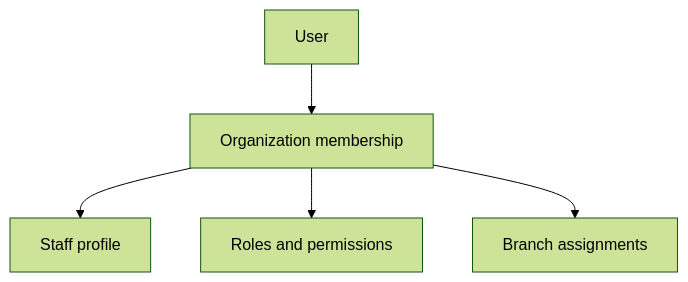
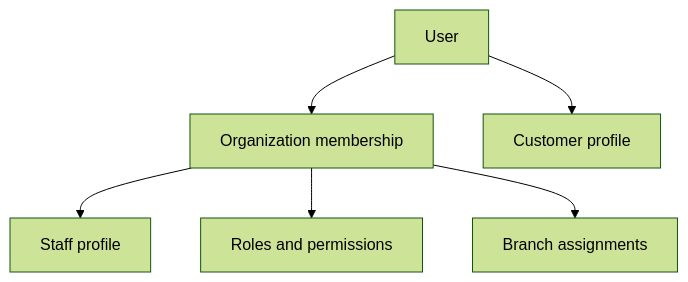
One commit to billygomez007/kora-os changed the second of 4 diagrams in docs/ARCHITECTURE.md. Above: the diagram before and after it, drawn with Mermaid (forest theme). The commit also changed other lines of this file and 6 other files, not shown here.

````diff
--- a/docs/ARCHITECTURE.md
+++ b/docs/ARCHITECTURE.md
@@ -123,7 +123,8 @@
 ```mermaid
 flowchart TD
     U[User] --> M[Organization membership]
     M --> S[Staff profile]
     M --> R[Roles and permissions]
     M --> B[Branch assignments]
+    U --> C[Customer profile]
 ```
````
